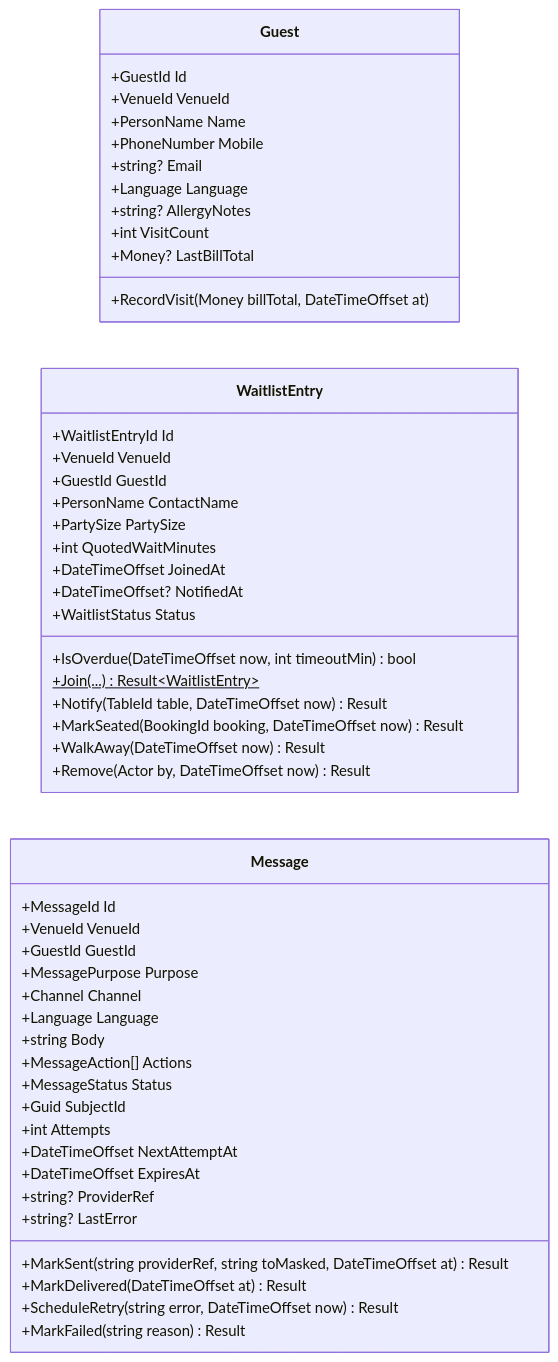
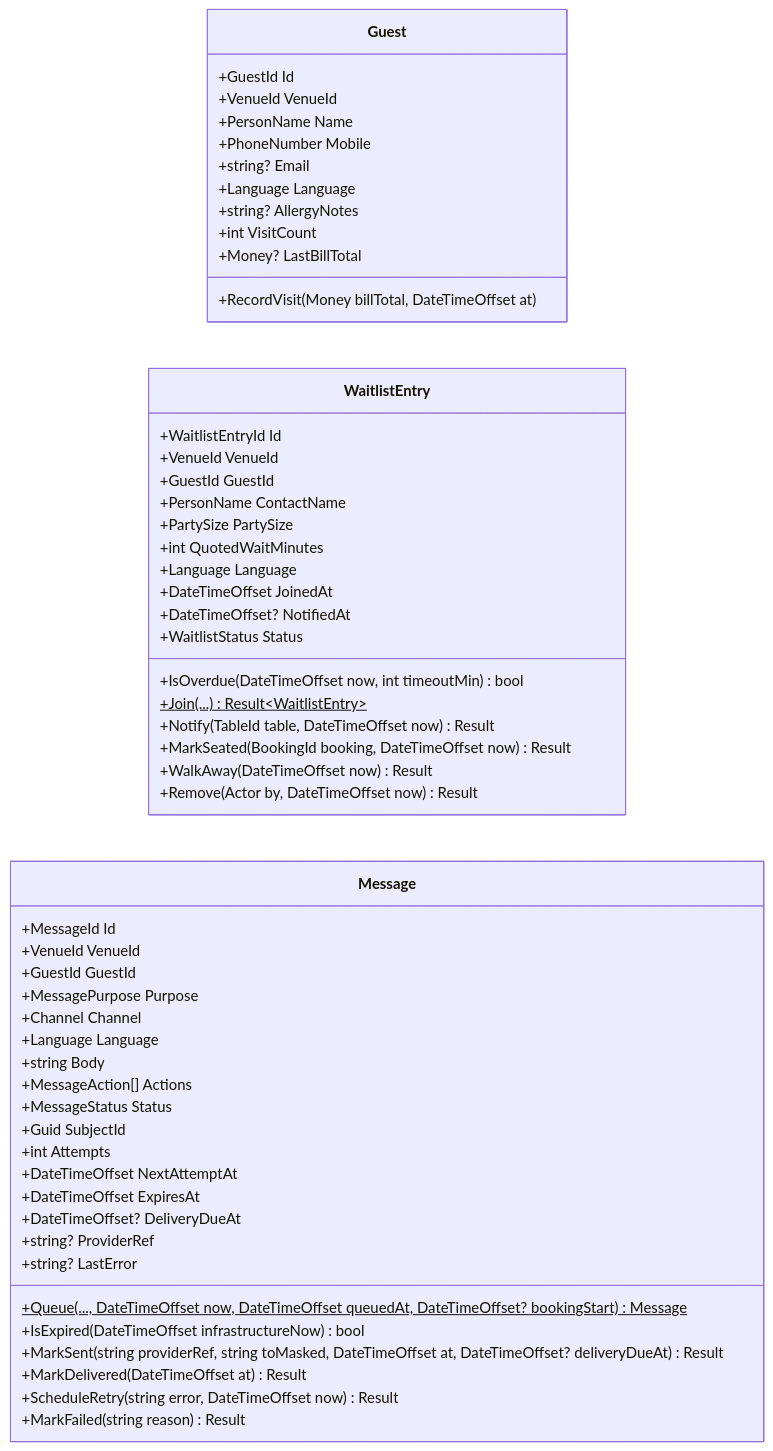
Before and after one commit to ring9834/TableReservation: the fourth of 28 diagrams in docs/Design.md, drawn with Mermaid. The commit also changed other lines of this file and 59 other files, not shown here.

````diff
--- a/docs/Design.md
+++ b/docs/Design.md
@@ -315,54 +319,58 @@
 ```mermaid
 classDiagram
     direction LR
     class Guest {
         +GuestId Id
         +VenueId VenueId
         +PersonName Name
         +PhoneNumber Mobile
         +string? Email
         +Language Language
         +string? AllergyNotes
         +int VisitCount
         +Money? LastBillTotal
         +RecordVisit(Money billTotal, DateTimeOffset at)
     }
     class WaitlistEntry {
         +WaitlistEntryId Id
         +VenueId VenueId
         +GuestId GuestId
         +PersonName ContactName
         +PartySize PartySize
         +int QuotedWaitMinutes
+        +Language Language
         +DateTimeOffset JoinedAt
         +DateTimeOffset? NotifiedAt
         +WaitlistStatus Status
         +IsOverdue(DateTimeOffset now, int timeoutMin) bool
         +Join(...)$ Result~WaitlistEntry~
         +Notify(TableId table, DateTimeOffset now) Result
         +MarkSeated(BookingId booking, DateTimeOffset now) Result
         +WalkAway(DateTimeOffset now) Result
         +Remove(Actor by, DateTimeOffset now) Result
     }
     class Message {
         +MessageId Id
         +VenueId VenueId
         +GuestId GuestId
         +MessagePurpose Purpose
         +Channel Channel
         +Language Language
         +string Body
         +MessageAction[] Actions
         +MessageStatus Status
         +Guid SubjectId
         +int Attempts
         +DateTimeOffset NextAttemptAt
         +DateTimeOffset ExpiresAt
+        +DateTimeOffset? DeliveryDueAt
         +string? ProviderRef
         +string? LastError
-        +MarkSent(string providerRef, string toMasked, DateTimeOffset at) Result
+        +Queue(..., DateTimeOffset now, DateTimeOffset queuedAt, DateTimeOffset? bookingStart)$ Message
+        +IsExpired(DateTimeOffset infrastructureNow) bool
+        +MarkSent(string providerRef, string toMasked, DateTimeOffset at, DateTimeOffset? deliveryDueAt) Result
         +MarkDelivered(DateTimeOffset at) Result
         +ScheduleRetry(string error, DateTimeOffset now) Result
         +MarkFailed(string reason) Result
     }
 ```
````
